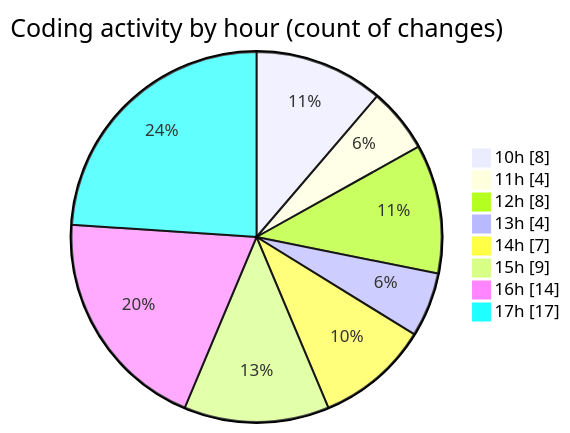
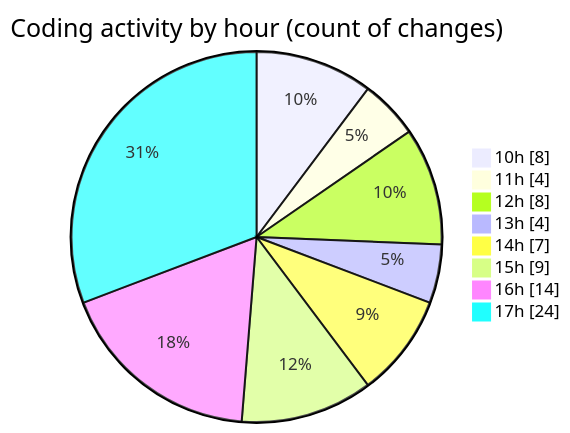
The second of 2 diagrams in 2025-08-07/nxtqube_webapp/README.md (nxtqubesakshisongat/code-tracking), drawn with Mermaid before and after one commit. The commit also changed other lines of this file and 1 other file, not shown here.

````diff
--- a/2025-08-07/nxtqube_webapp/README.md
+++ b/2025-08-07/nxtqube_webapp/README.md
@@ -35,12 +35,12 @@
 ```mermaid
 pie showData
 title Coding activity by hour (count of changes)
 "10h" : 8
 "11h" : 4
 "12h" : 8
 "13h" : 4
 "14h" : 7
 "15h" : 9
 "16h" : 14
-"17h" : 17
+"17h" : 24
 ```
````
